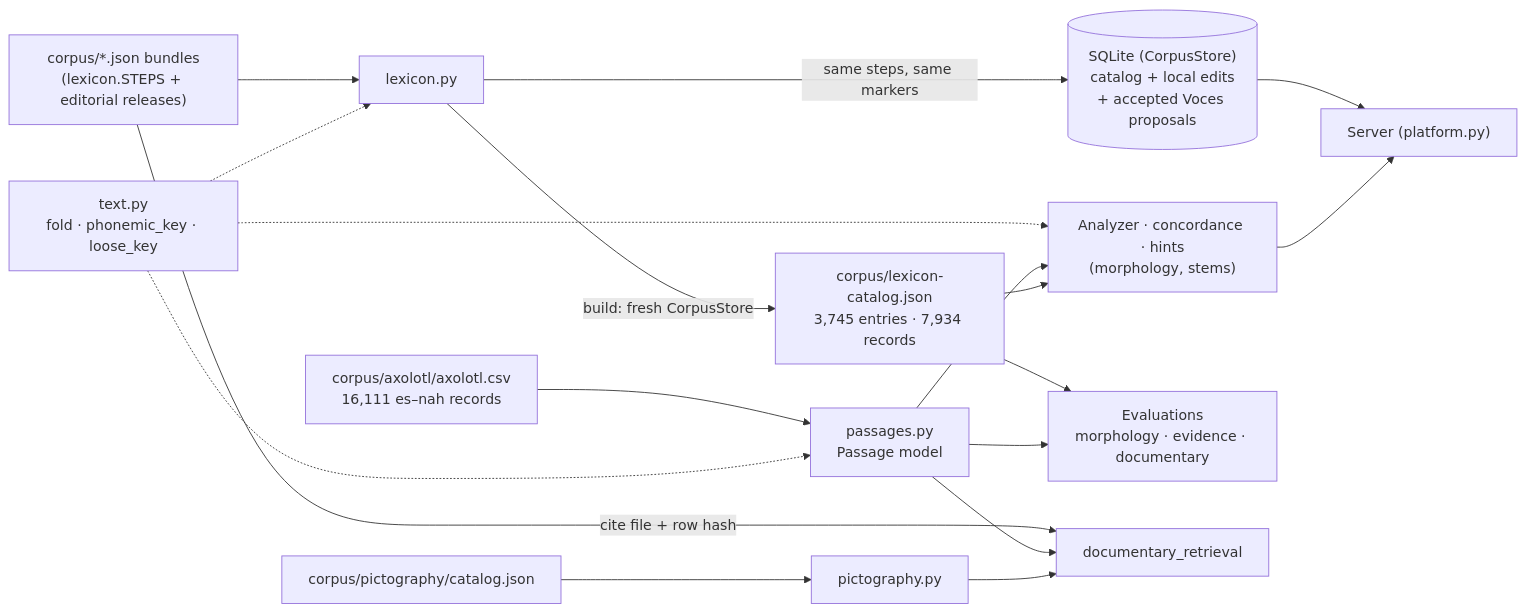
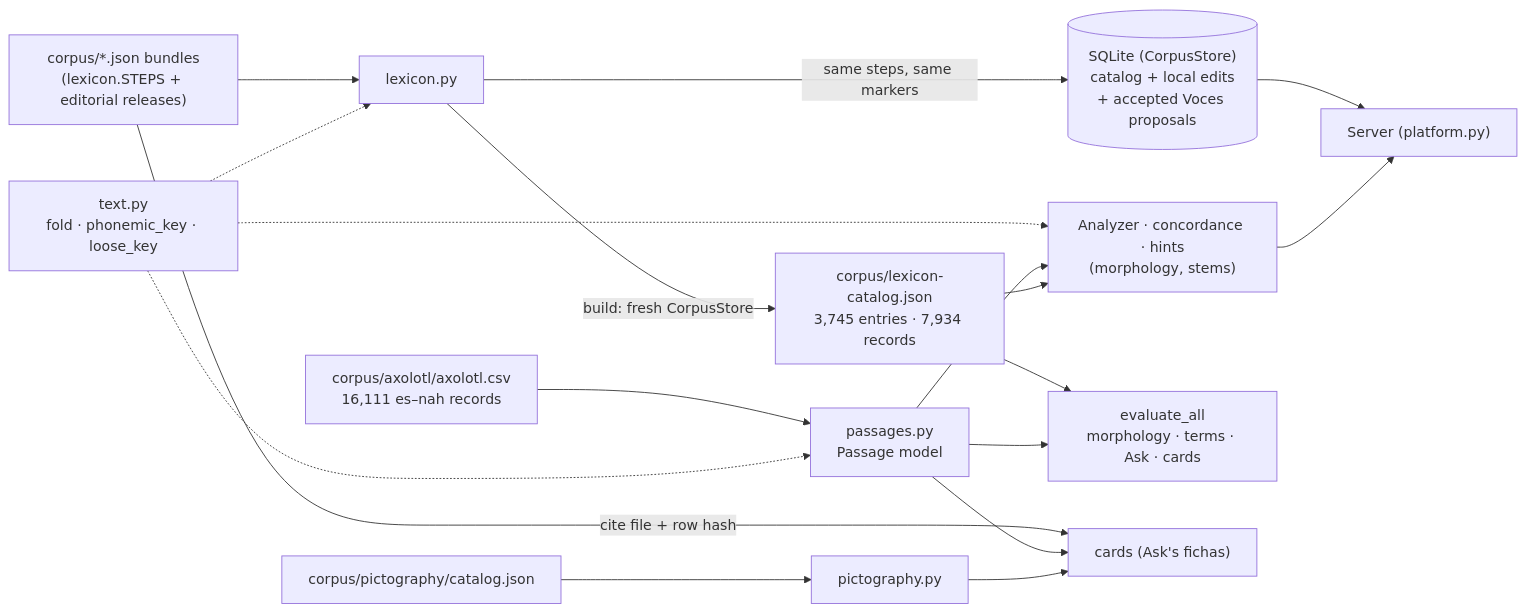
Before and after one commit to pescamill/amoxcalli: the diagram in docs/ARCHITECTURE.md, drawn with Mermaid. The commit also changed other lines of this file and 134 other files, not shown here.

````diff
--- a/docs/ARCHITECTURE.md
+++ b/docs/ARCHITECTURE.md
@@ -7,17 +7,17 @@
 ```mermaid
 flowchart LR
   CSV["corpus/axolotl/axolotl.csv<br/>16,111 es–nah records"] --> P["passages.py<br/>Passage model"]
   B["corpus/*.json bundles<br/>(lexicon.STEPS + editorial releases)"] --> L["lexicon.py"]
   L -- "build: fresh CorpusStore" --> C["corpus/lexicon-catalog.json<br/>3,745 entries · 7,934 records"]
   L -- "same steps, same markers" --> DB[("SQLite (CorpusStore)<br/>catalog + local edits<br/>+ accepted Voces proposals")]
   PIC["corpus/pictography/catalog.json"] --> PM["pictography.py"]
   T["text.py<br/>fold · phonemic_key · loose_key"] -.-> P & L & AN
   P --> AN["Analyzer · concordance · hints<br/>(morphology, stems)"]
   C --> AN
   DB --> S["Server (platform.py)"]
   AN --> S
-  C --> E["Evaluations<br/>morphology · evidence · documentary"]
+  C --> E["evaluate_all<br/>morphology · terms · Ask · cards"]
   P --> E
-  B -- "cite file + row hash" --> DOC["documentary_retrieval"]
+  B -- "cite file + row hash" --> DOC["cards (Ask's fichas)"]
   P & PM --> DOC
 ```
````
